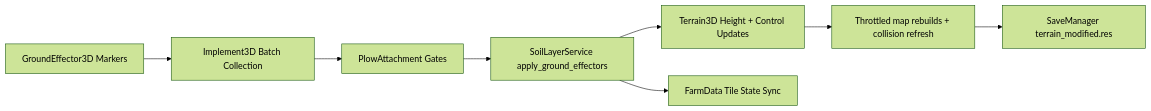
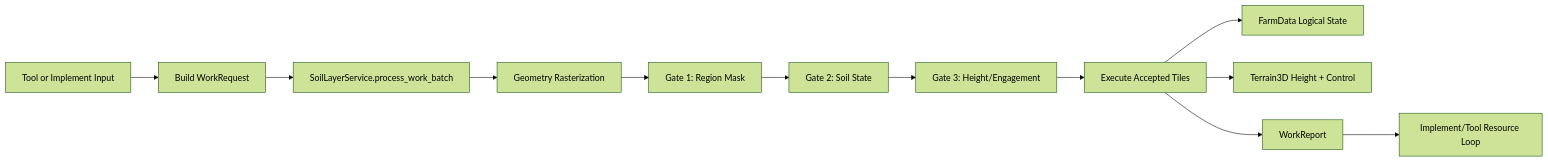
One commit to OpenAcre-Project/OpenAcre changed the diagram in docs/systems/ground_effectors_and_plowing.md. Above: the diagram before and after it, drawn with Mermaid (forest theme). The commit also changed other lines of this file and 14 other files, not shown here.

First line of the commit message:
feat: unify implement work pipeline, harden hitch physics, and document canonical implement architecture (#7)

````diff
--- a/docs/systems/ground_effectors_and_plowing.md
+++ b/docs/systems/ground_effectors_and_plowing.md
@@ -23,10 +19,14 @@
 ```mermaid
 flowchart LR
-    A[GroundEffector3D Markers] --> B[Implement3D Batch Collection]
-    B --> C[PlowAttachment Gates]
-    C --> D[SoilLayerService apply_ground_effectors]
-    D --> E[Terrain3D Height + Control Updates]
-    D --> F[FarmData Tile State Sync]
-    E --> G[Throttled map rebuilds + collision refresh]
-    G --> H[SaveManager terrain_modified.res]
+    A[Tool or Implement Input] --> B[Build WorkRequest]
+    B --> C[SoilLayerService.process_work_batch]
+    C --> D[Geometry Rasterization]
+    D --> E[Gate 1: Region Mask]
+    E --> F[Gate 2: Soil State]
+    F --> G[Gate 3: Height/Engagement]
+    G --> H[Execute Accepted Tiles]
+    H --> I[FarmData Logical State]
+    H --> J[Terrain3D Height + Control]
+    H --> K[WorkReport]
+    K --> L[Implement/Tool Resource Loop]
 ```
````
